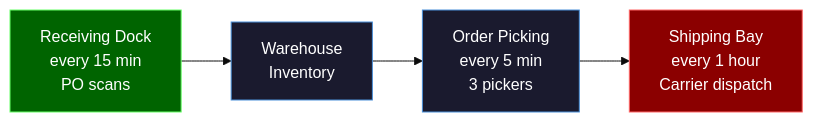
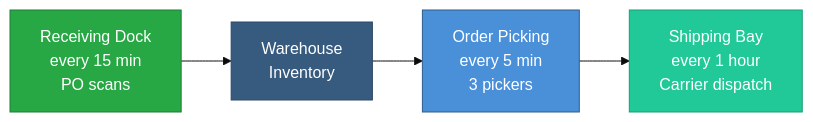
Before and after one commit to henryodibi11/Odibi: the first of 2 diagrams in docs/simulation/patterns/manufacturing.md, drawn with Mermaid (base theme). The commit also changed other lines of this file and 7 other files, not shown here.

First line of the commit message:
Fix mermaid diagram colors for readability across all 26 diagrams

````diff
--- a/docs/simulation/patterns/manufacturing.md
+++ b/docs/simulation/patterns/manufacturing.md
@@ -416,11 +416,11 @@
 ```mermaid
 flowchart LR
     A["Receiving Dock\nevery 15 min\nPO scans"] --> B["Warehouse\nInventory"]
     B --> C["Order Picking\nevery 5 min\n3 pickers"]
     C --> D["Shipping Bay\nevery 1 hour\nCarrier dispatch"]
 
-    style A fill:#006400,stroke:#66ff66,color:#ffffff
-    style B fill:#1a1a2e,stroke:#4a90d9,color:#ffffff
-    style C fill:#1a1a2e,stroke:#4a90d9,color:#ffffff
-    style D fill:#8B0000,stroke:#ff6666,color:#ffffff
+    style A fill:#28a745,stroke:#1e7e34,color:#ffffff
+    style B fill:#375a7f,stroke:#2c4866,color:#ffffff
+    style C fill:#4a90d9,stroke:#2c5f8a,color:#ffffff
+    style D fill:#20c997,stroke:#199d76,color:#ffffff
 ```
````
